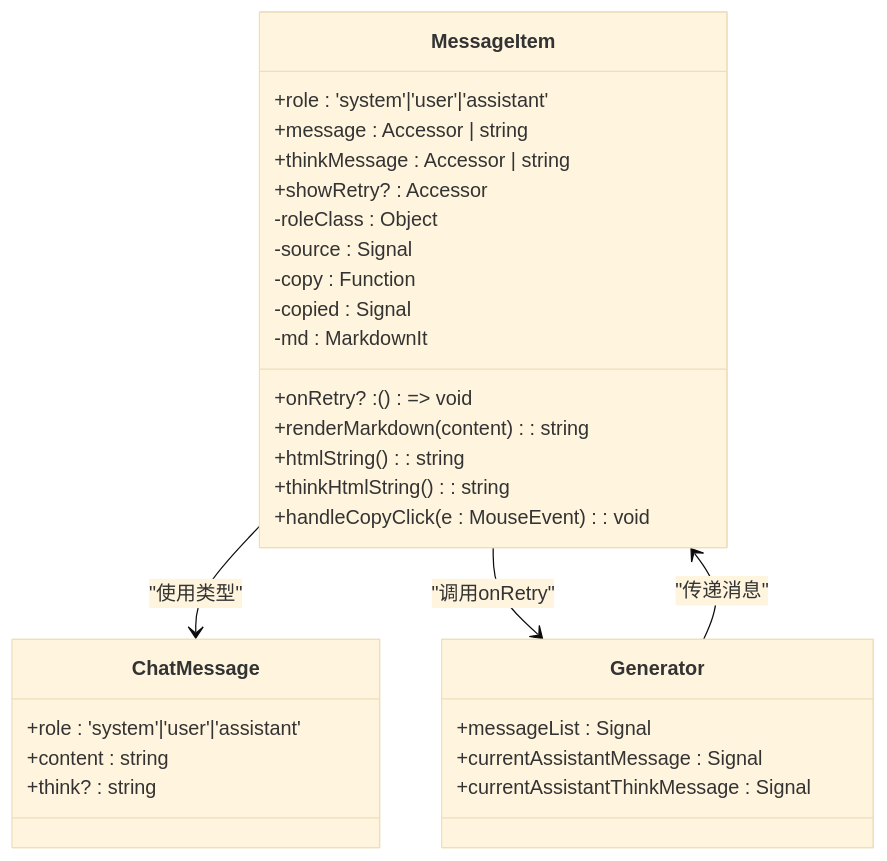
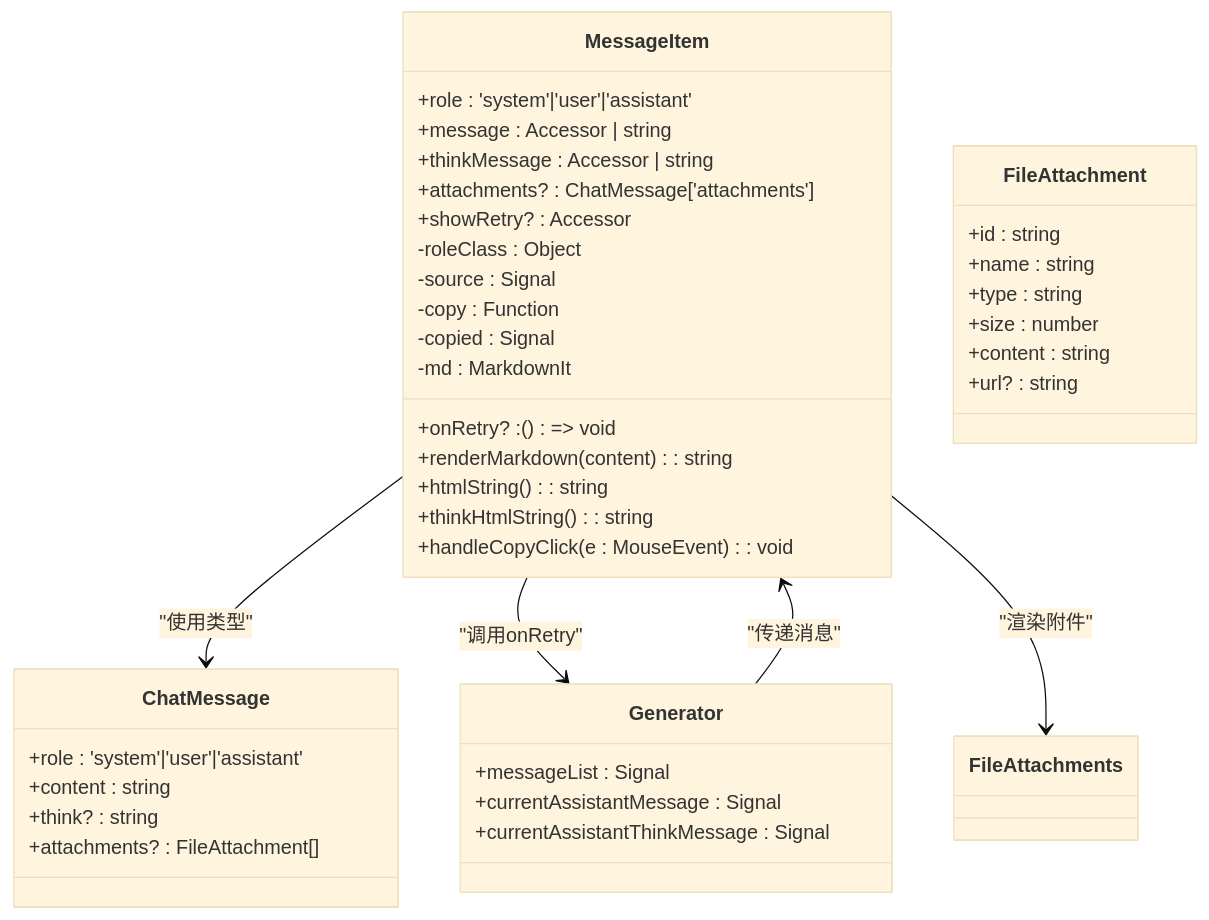
One commit to zfyime/chat-mini changed the third of 10 diagrams in .qoder/repowiki/zh/content/组件架构/MessageItem组件.md. Above: the diagram before and after it, drawn with Mermaid (base theme). The commit also changed other lines of this file and 8 other files, not shown here.

````diff
--- a/.qoder/repowiki/zh/content/组件架构/MessageItem组件.md
+++ b/.qoder/repowiki/zh/content/组件架构/MessageItem组件.md
@@ -100,32 +119,43 @@
 ```mermaid
 classDiagram
 class MessageItem {
 +role : 'system'|'user'|'assistant'
 +message : Accessor<string> | string
 +thinkMessage : Accessor<string> | string
++attachments? : ChatMessage['attachments']
 +showRetry? : Accessor<boolean>
 +onRetry? : () => void
 -roleClass : Object
 -source : Signal<string>
 -copy : Function
 -copied : Signal<boolean>
 -md : MarkdownIt
 +renderMarkdown(content) : string
 +htmlString() : string
 +thinkHtmlString() : string
 +handleCopyClick(e : MouseEvent) : void
 }
 class Generator {
 +messageList : Signal<ChatMessage[]>
 +currentAssistantMessage : Signal<string>
 +currentAssistantThinkMessage : Signal<string>
 }
 class ChatMessage {
 +role : 'system'|'user'|'assistant'
 +content : string
 +think? : string
++attachments? : FileAttachment[]
+}
+class FileAttachment {
++id : string
++name : string
++type : string
++size : number
++content : string
++url? : string
 }
 Generator --> MessageItem : "传递消息"
 MessageItem --> ChatMessage : "使用类型"
 MessageItem --> Generator : "调用onRetry"
+MessageItem --> FileAttachments : "渲染附件"
 ```
````
